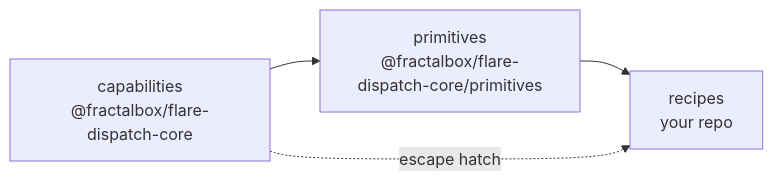
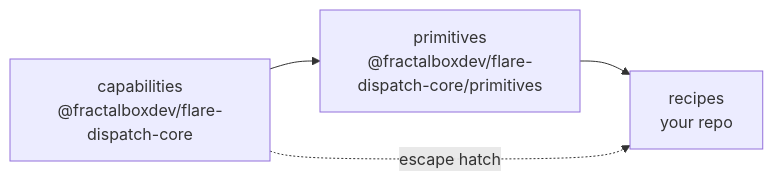
Before and after one commit to fractalboxdev/flare-dispatch: the diagram in packages/core/README.md, drawn with Mermaid. The commit also changed other lines of this file and 193 other files, not shown here.

First line of the commit message:
refactor: rename npm scope @fractalbox → @fractalboxdev

````diff
--- a/packages/core/README.md
+++ b/packages/core/README.md
@@ -9,6 +9,6 @@
 ```mermaid
 flowchart LR
-  CAP["capabilities<br/>@fractalbox/flare-dispatch-core"] --> PRIM["primitives<br/>@fractalbox/flare-dispatch-core/primitives"]
+  CAP["capabilities<br/>@fractalboxdev/flare-dispatch-core"] --> PRIM["primitives<br/>@fractalboxdev/flare-dispatch-core/primitives"]
   PRIM --> REC["recipes<br/>your repo"]
   CAP -.->|escape hatch| REC
 ```
````
